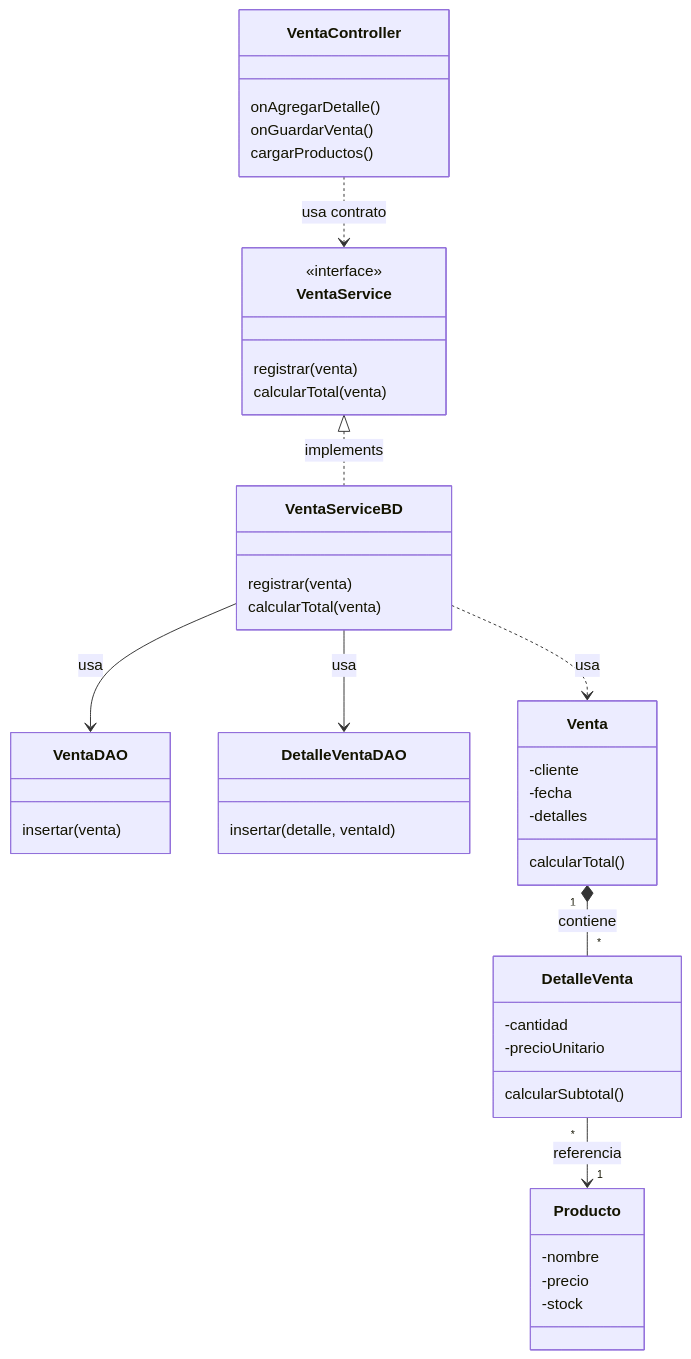
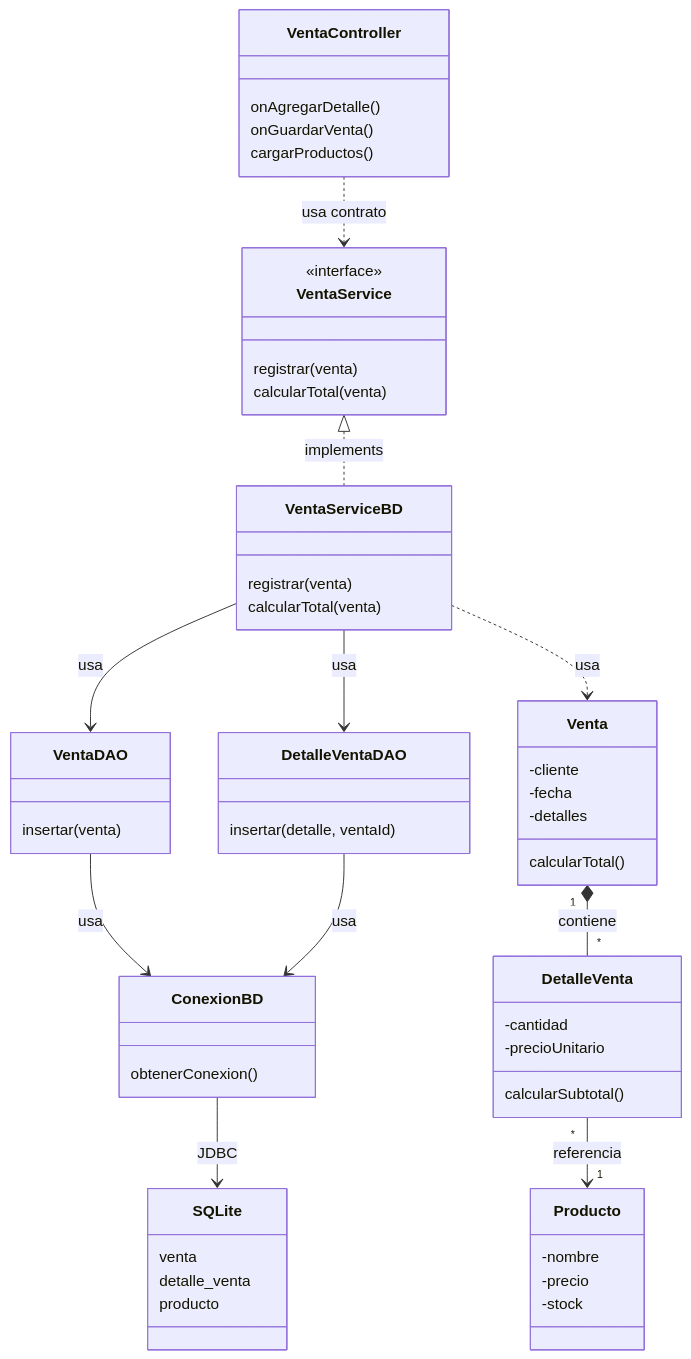
The diagram in docs/S09_Operaciones_Persistentes_Muchos_Muchos.md (262poo/comarket), drawn with Mermaid before and after one commit. The commit also changed other lines of this file and 10 other files, not shown here.

````diff
--- a/docs/S09_Operaciones_Persistentes_Muchos_Muchos.md
+++ b/docs/S09_Operaciones_Persistentes_Muchos_Muchos.md
@@ -60,54 +61,67 @@
 ```mermaid
 classDiagram
     class VentaController {
         onAgregarDetalle()
         onGuardarVenta()
         cargarProductos()
     }
 
     class VentaService {
         <<interface>>
         registrar(venta)
         calcularTotal(venta)
     }
 
     class VentaServiceBD {
         registrar(venta)
         calcularTotal(venta)
     }
 
     class VentaDAO {
         insertar(venta)
     }
 
     class DetalleVentaDAO {
         insertar(detalle, ventaId)
     }
 
+    class ConexionBD {
+        obtenerConexion()
+    }
+
+    class SQLite {
+        venta
+        detalle_venta
+        producto
+    }
+
     class Venta {
         -cliente
         -fecha
         -detalles
         calcularTotal()
     }
 
     class DetalleVenta {
         -cantidad
         -precioUnitario
         calcularSubtotal()
     }
 
     class Producto {
         -nombre
         -precio
         -stock
     }
 
     VentaController ..> VentaService : usa contrato
     VentaService <|.. VentaServiceBD : implements
     VentaServiceBD --> VentaDAO : usa
     VentaServiceBD --> DetalleVentaDAO : usa
+    VentaDAO --> ConexionBD : usa
+    DetalleVentaDAO --> ConexionBD : usa
+    ConexionBD --> SQLite : JDBC
     VentaServiceBD ..> Venta : usa
     Venta "1" *-- "*" DetalleVenta : contiene
     DetalleVenta "*" --> "1" Producto : referencia
 ```
````
